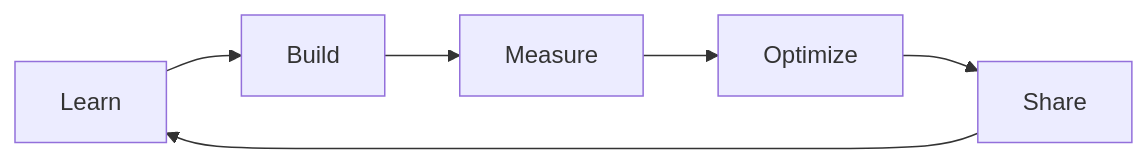
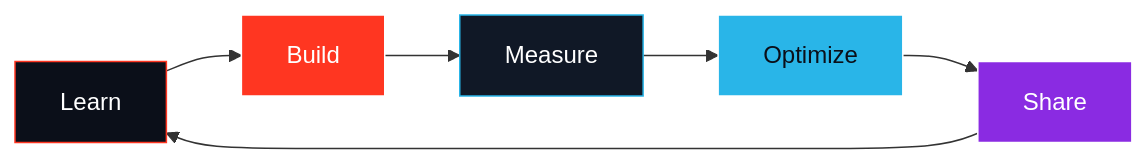
Before and after one commit to Pradeep421/Pradeep421: the second of 2 diagrams in README.md, drawn with Mermaid. The commit also changed other lines of this file, not shown here.

````diff
--- a/README.md
+++ b/README.md
@@ -99,8 +131,14 @@
 ```mermaid
 flowchart LR
-    A["Learn"] --> B["Build"]
-    B --> C["Measure"]
-    C --> D["Optimize"]
-    D --> E["Share"]
-    E --> A
+    L["Learn"] --> B["Build"]
+    B --> M["Measure"]
+    M --> O["Optimize"]
+    O --> S["Share"]
+    S --> L
+
+    style L fill:#0B0F19,stroke:#FF3621,color:#FFFFFF
+    style B fill:#FF3621,stroke:#FFFFFF,color:#FFFFFF
+    style M fill:#101826,stroke:#29B5E8,color:#FFFFFF
+    style O fill:#29B5E8,stroke:#FFFFFF,color:#0B0F19
+    style S fill:#8A2BE2,stroke:#FFFFFF,color:#FFFFFF
 ```
````
